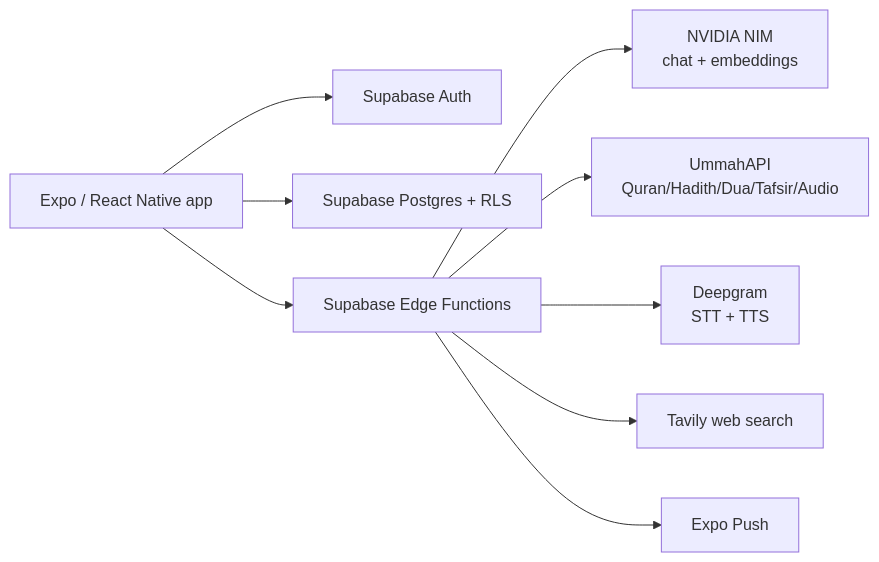
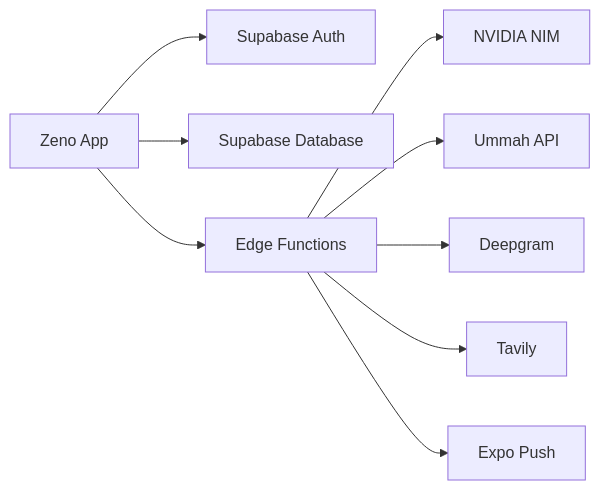
One commit to nofilkhan1/Zeno-AI changed the first of 3 diagrams in ZENO_COMPLETE_TECHNICAL_REFERENCE.md. Above: the diagram before and after it, drawn with Mermaid. The commit also changed other lines of this file and 2 other files, not shown here.

Commit message:
docs: simplify Mermaid diagrams for GitHub

````diff
--- a/ZENO_COMPLETE_TECHNICAL_REFERENCE.md
+++ b/ZENO_COMPLETE_TECHNICAL_REFERENCE.md
@@ -13,11 +13,11 @@
 ```mermaid
-flowchart LR
-  App["Expo / React Native app"] --> Auth["Supabase Auth"]
-  App --> DB["Supabase Postgres + RLS"]
-  App --> Fn["Supabase Edge Functions"]
-  Fn --> NIM["NVIDIA NIM\nchat + embeddings"]
-  Fn --> Ummah["UmmahAPI\nQuran/Hadith/Dua/Tafsir/Audio"]
-  Fn --> Deepgram["Deepgram\nSTT + TTS"]
-  Fn --> Tavily["Tavily web search"]
-  Fn --> Push["Expo Push"]
+graph LR
+  A[Zeno App] --> B[Supabase Auth]
+  A --> C[Supabase Database]
+  A --> D[Edge Functions]
+  D --> E[NVIDIA NIM]
+  D --> F[Ummah API]
+  D --> G[Deepgram]
+  D --> H[Tavily]
+  D --> I[Expo Push]
 ```
````
